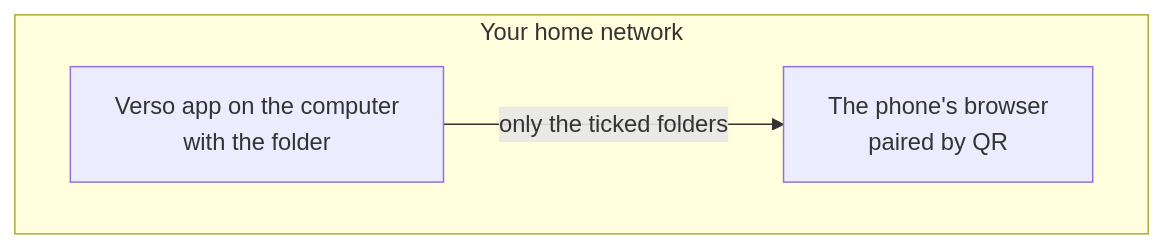
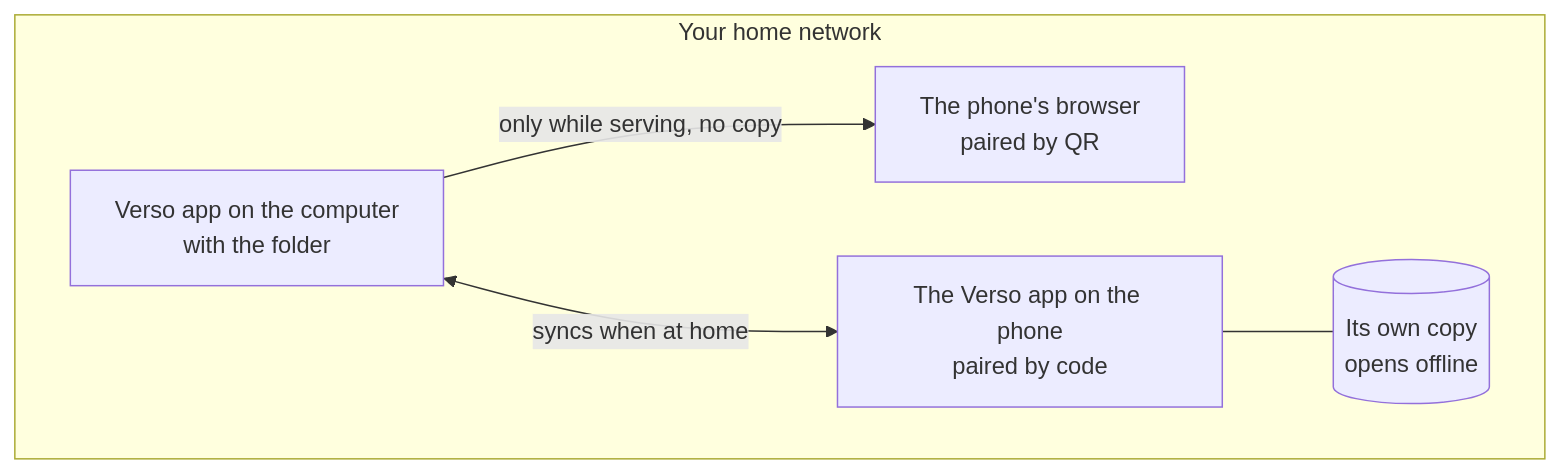
The second of 9 diagrams in src/content/wiki/en/how-will-you-use-verso.md (SergioSJS/versomd-site), drawn with Mermaid before and after one commit. The commit also changed other lines of this file and 14 other files, not shown here.

Commit message:
Wiki: re-imported at c21da329 (pairing the Verso app with the computer at home, the phone board, the sideways swipe, Watabou's walls kept for the game master)

````diff
--- a/src/content/wiki/en/how-will-you-use-verso.md
+++ b/src/content/wiki/en/how-will-you-use-verso.md
@@ -62,8 +63,14 @@
 ```mermaid
 flowchart TB
-  accTitle: Computer and phone on the same network
-  accDescr: The desktop app serves the ticked folders on the home network; the phone's browser, paired by a QR code, opens those folders while the computer is on.
+  accTitle: Computer and phone on the same network, two ways
+  accDescr: The desktop app serves the ticked folders on the home network. The phone's browser, paired by a QR code, opens them only while the computer serves, with no copy. The Verso app on the phone, paired by a code, keeps a copy of its own that opens offline and syncs both ways with the computer when they meet at home.
   subgraph casa["Your home network"]
-    pc["Verso app on the computer<br/>with the folder"] -->|"only the ticked folders"| cel["The phone's browser<br/>paired by QR"]
+    pc["Verso app on the computer<br/>with the folder"]
+    nav["The phone's browser<br/>paired by QR"]
+    app["The Verso app on the phone<br/>paired by code"]
+    copia[("Its own copy<br/>opens offline")]
+    pc -->|"only while serving, no copy"| nav
+    pc <-->|"syncs when at home"| app
+    app --- copia
   end
 ```
````
